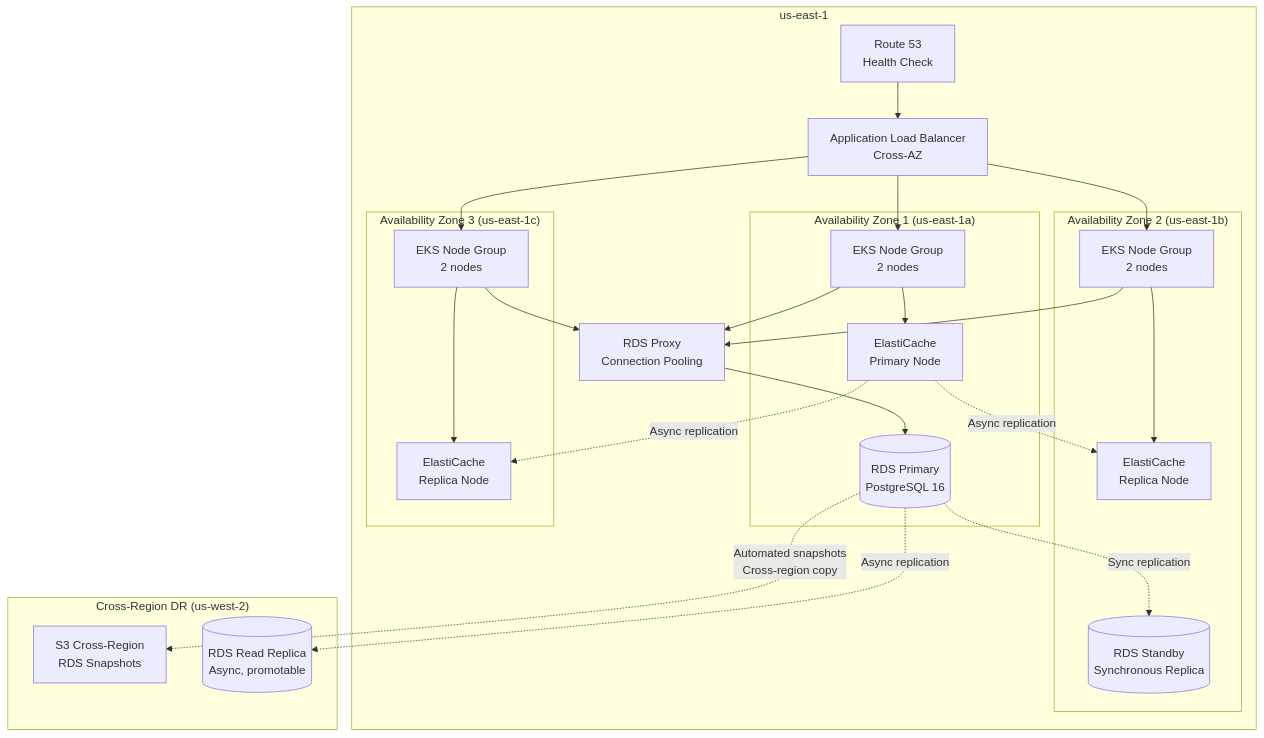
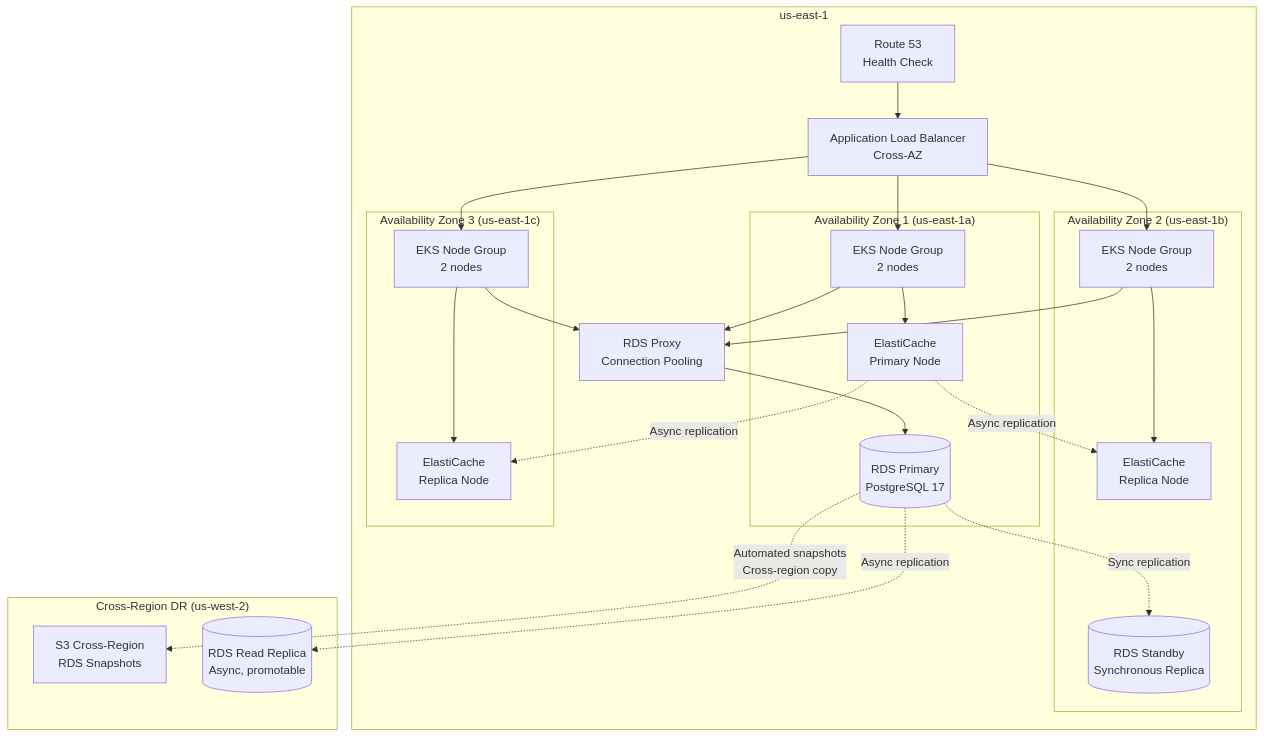
Diagram 21 of 23 in docs/superpowers/specs/2026-04-17-employee-budget-allocation-design.md (sukhesh035/employee_budget_allocation), drawn with Mermaid before and after one commit. The commit also changed other lines of this file and 11 other files, not shown here.

````diff
--- a/docs/superpowers/specs/2026-04-17-employee-budget-allocation-design.md
+++ b/docs/superpowers/specs/2026-04-17-employee-budget-allocation-design.md
@@ -2083,49 +2105,49 @@
 ```mermaid
 flowchart TB
     subgraph Region["us-east-1"]
         R53[Route 53<br/>Health Check] --> ALB[Application Load Balancer<br/>Cross-AZ]
 
         subgraph AZ1["Availability Zone 1 (us-east-1a)"]
             EKS1[EKS Node Group<br/>2 nodes]
-            RDS_PRIMARY[(RDS Primary<br/>PostgreSQL 16)]
+            RDS_PRIMARY[(RDS Primary<br/>PostgreSQL 17)]
             REDIS1[ElastiCache<br/>Primary Node]
         end
 
         subgraph AZ2["Availability Zone 2 (us-east-1b)"]
             EKS2[EKS Node Group<br/>2 nodes]
             RDS_STANDBY[(RDS Standby<br/>Synchronous Replica)]
             REDIS2[ElastiCache<br/>Replica Node]
         end
 
         subgraph AZ3["Availability Zone 3 (us-east-1c)"]
             EKS3[EKS Node Group<br/>2 nodes]
             REDIS3[ElastiCache<br/>Replica Node]
         end
 
         PROXY[RDS Proxy<br/>Connection Pooling]
 
         ALB --> EKS1
         ALB --> EKS2
         ALB --> EKS3
 
         EKS1 --> PROXY
         EKS2 --> PROXY
         EKS3 --> PROXY
         PROXY --> RDS_PRIMARY
         RDS_PRIMARY -.->|"Sync replication"| RDS_STANDBY
 
         EKS1 --> REDIS1
         EKS2 --> REDIS2
         EKS3 --> REDIS3
         REDIS1 -.->|"Async replication"| REDIS2
         REDIS1 -.->|"Async replication"| REDIS3
     end
 
     subgraph DR["Cross-Region DR (us-west-2)"]
         S3_BACKUP[S3 Cross-Region<br/>RDS Snapshots]
         RDS_READONLY[(RDS Read Replica<br/>Async, promotable)]
     end
 
     RDS_PRIMARY -.->|"Automated snapshots<br/>Cross-region copy"| S3_BACKUP
     RDS_PRIMARY -.->|"Async replication"| RDS_READONLY
 ```
````
